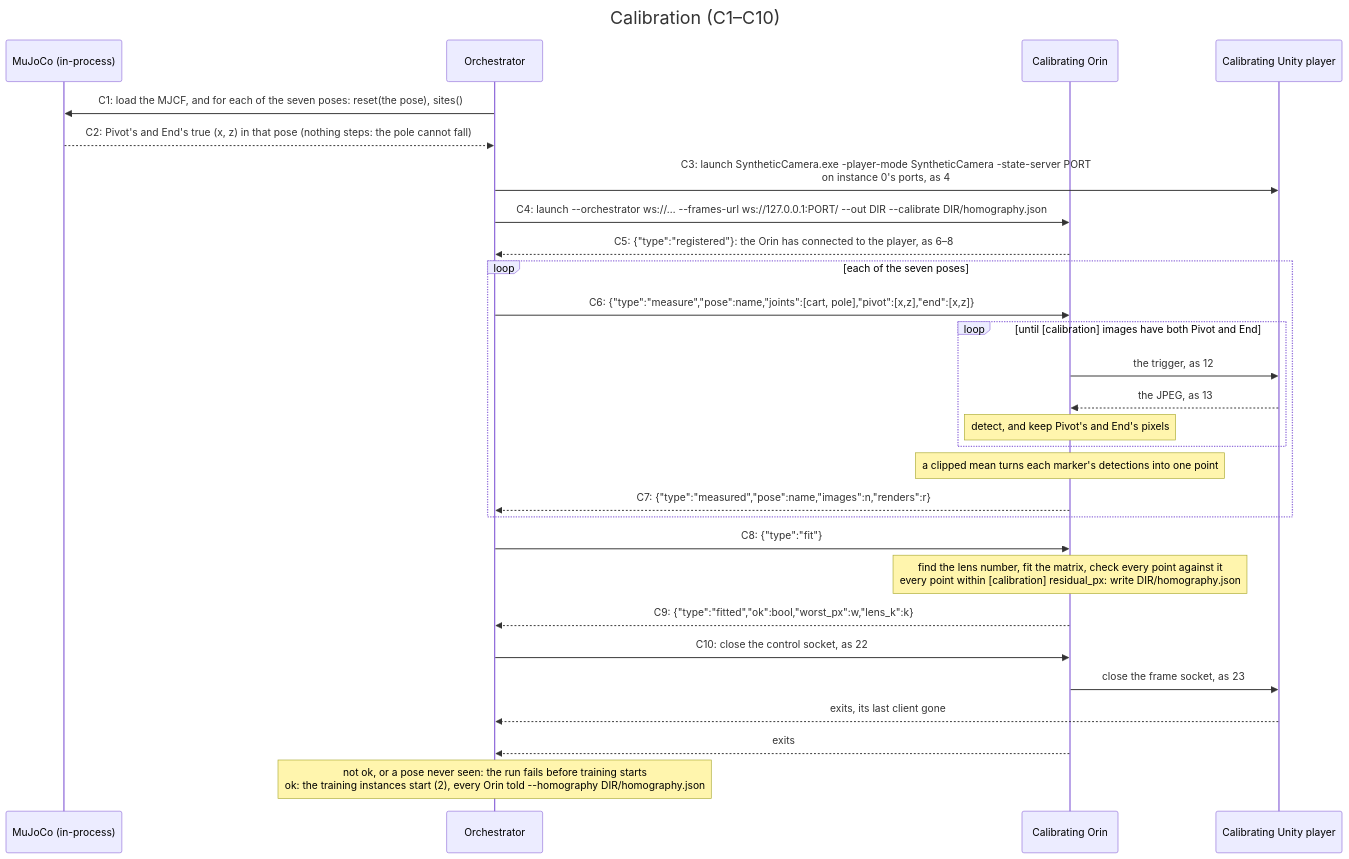
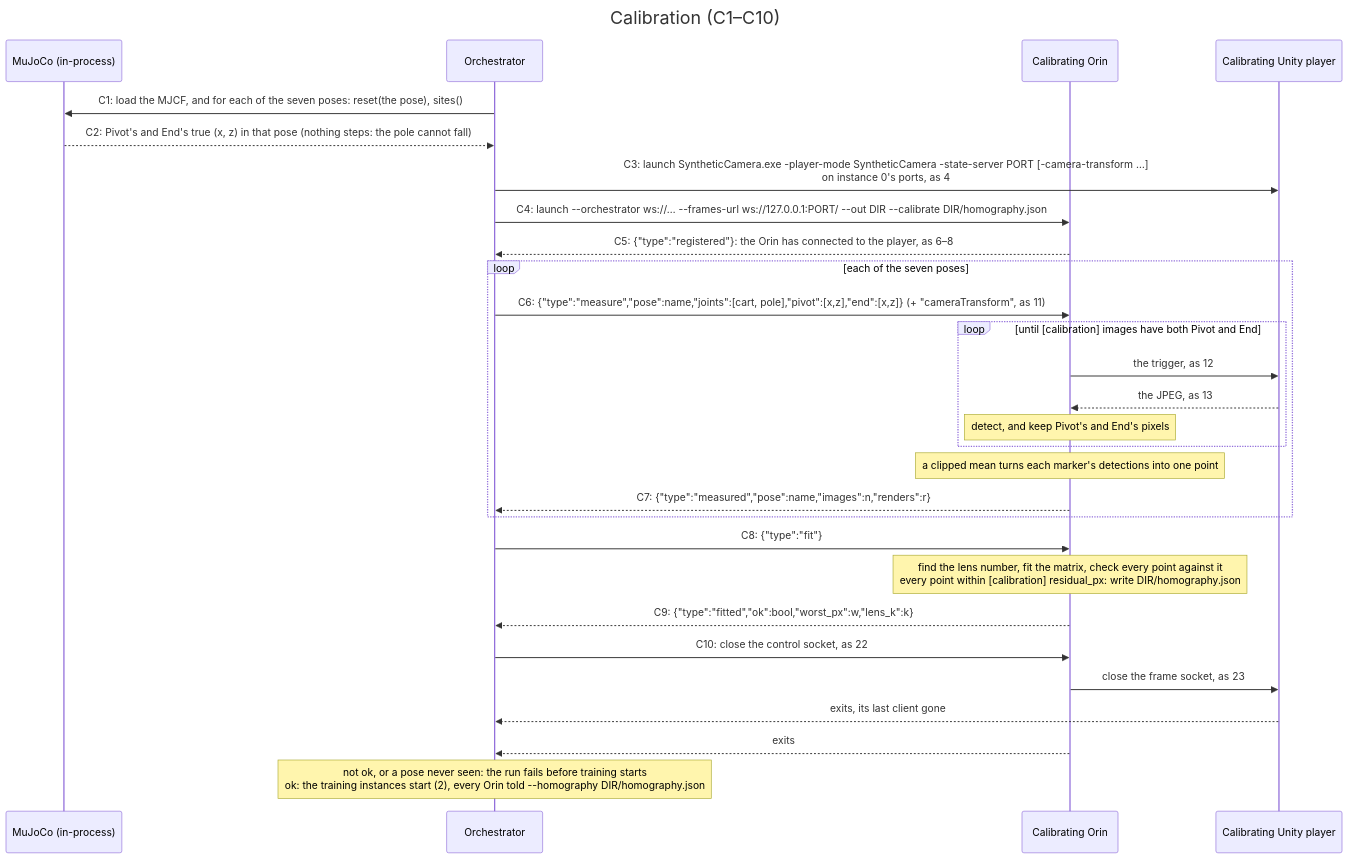
Before and after one commit to TonyMarkham/cart-pole: the third of 3 diagrams in __documentation__/synthetic-loop-dia.md, drawn with Mermaid. The commit also changed other lines of this file and 39 other files, not shown here.

````diff
--- a/__documentation__/synthetic-loop-dia.md
+++ b/__documentation__/synthetic-loop-dia.md
@@ -503,36 +503,36 @@
 ```mermaid
 ---
 title: Calibration (C1–C10)
 config:
   themeVariables:
     fontSize: 28px
 ---
 sequenceDiagram
     participant M as MuJoCo (in-process)
     participant O as Orchestrator
     participant N as Calibrating Orin
     participant U as Calibrating Unity player
     O->>M: C1: load the MJCF, and for each of the seven poses: reset(the pose), sites()
     M-->>O: C2: Pivot's and End's true (x, z) in that pose (nothing steps: the pole cannot fall)
-    O->>U: C3: launch SyntheticCamera.exe -player-mode SyntheticCamera -state-server PORT<br/>on instance 0's ports, as 4
+    O->>U: C3: launch SyntheticCamera.exe -player-mode SyntheticCamera -state-server PORT [-camera-transform …]<br/>on instance 0's ports, as 4
     O->>N: C4: launch --orchestrator ws://… --frames-url ws://127.0.0.1:PORT/ --out DIR --calibrate DIR/homography.json
     N-->>O: C5: {"type":"registered"}: the Orin has connected to the player, as 6–8
     loop each of the seven poses
-        O->>N: C6: {"type":"measure","pose":name,"joints":[cart, pole],"pivot":[x,z],"end":[x,z]}
+        O->>N: C6: {"type":"measure","pose":name,"joints":[cart, pole],"pivot":[x,z],"end":[x,z]} (+ "cameraTransform", as 11)
         loop until [calibration] images have both Pivot and End
             N->>U: the trigger, as 12
             U-->>N: the JPEG, as 13
             Note over N: detect, and keep Pivot's and End's pixels
         end
         Note over N: a clipped mean turns each marker's detections into one point
         N-->>O: C7: {"type":"measured","pose":name,"images":n,"renders":r}
     end
     O->>N: C8: {"type":"fit"}
     Note over N: find the lens number, fit the matrix, check every point against it<br/>every point within [calibration] residual_px: write DIR/homography.json
     N-->>O: C9: {"type":"fitted","ok":bool,"worst_px":w,"lens_k":k}
     O->>N: C10: close the control socket, as 22
     N->>U: close the frame socket, as 23
     U-->>O: exits, its last client gone
     N-->>O: exits
     Note over O: not ok, or a pose never seen: the run fails before training starts<br/>ok: the training instances start (2), every Orin told --homography DIR/homography.json
 ```
````
